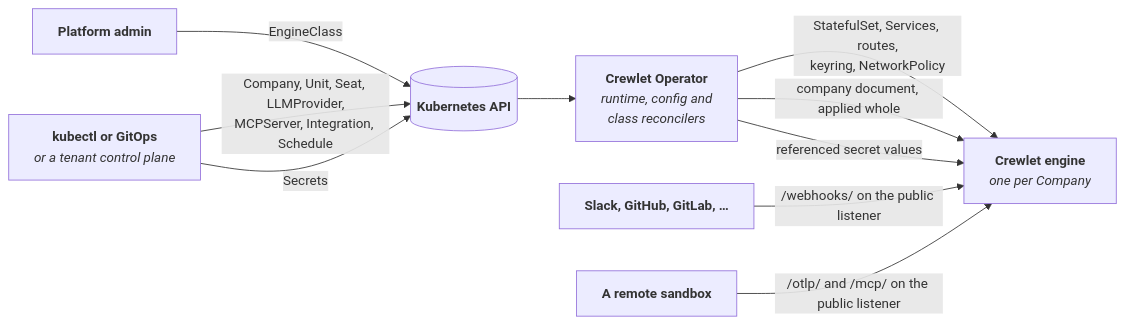
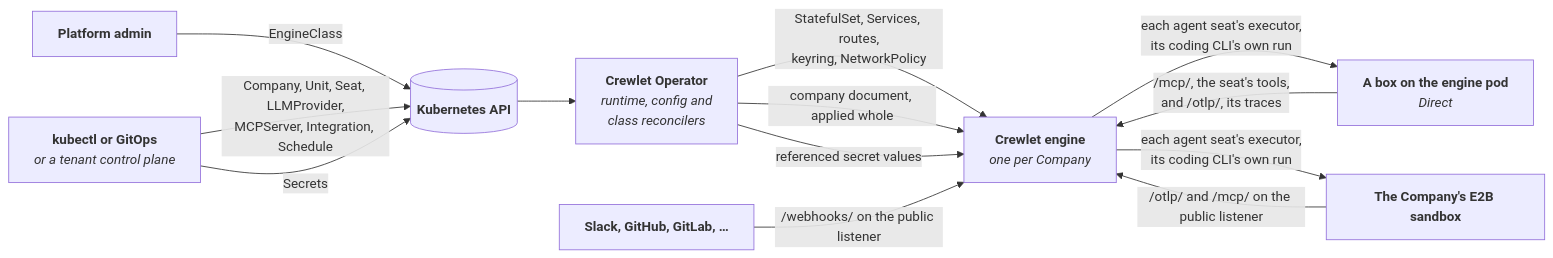
The diagram in README.md (crewlet/crewlet-operator), drawn with Mermaid before and after one commit. The commit also changed other lines of this file and 118 other files, not shown here.

````diff
--- a/README.md
+++ b/README.md
@@ -92,13 +92,16 @@
 ```mermaid
 flowchart LR
     PA["<b>Platform admin</b>"] -->|EngineClass| K
     U["<b>kubectl or GitOps</b><br/><i>or a tenant control plane</i>"] -->|"Company, Unit, Seat, LLMProvider,<br/>MCPServer, Integration, Schedule"| K
     U -->|Secrets| K
     K[("<b>Kubernetes API</b>")] --> O["<b>Crewlet Operator</b><br/><i>runtime, config and<br/>class reconcilers</i>"]
     O -->|"StatefulSet, Services, routes,<br/>keyring, NetworkPolicy"| E
     O -->|"company document, applied whole"| E
     O -->|"referenced secret values"| E
     E["<b>Crewlet engine</b><br/><i>one per Company</i>"]
+    E -->|"each agent seat's executor,<br/>its coding CLI's own run"| D["<b>A box on the engine pod</b><br/><i>Direct</i>"]
+    E -->|"each agent seat's executor,<br/>its coding CLI's own run"| SB["<b>The Company's E2B sandbox</b>"]
+    D -->|"/mcp/, the seat's tools,<br/>and /otlp/, its traces"| E
     V["<b>Slack, GitHub, GitLab, …</b>"] -->|"/webhooks/ on the public listener"| E
-    SB["<b>A remote sandbox</b>"] -->|"/otlp/ and /mcp/ on the public listener"| E
+    SB -->|"/otlp/ and /mcp/ on the public listener"| E
 ```
````
